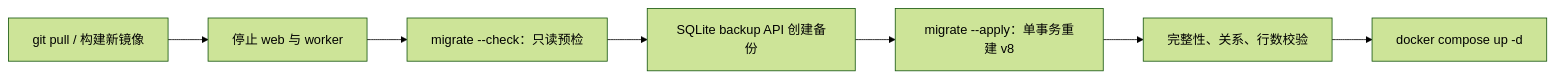
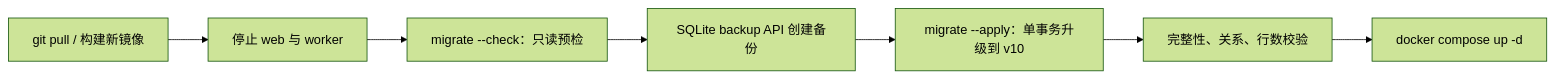
Before and after one commit to angelOnly/NewsRssHub: the second of 2 diagrams in docs/SQLITE_SCHEMA_AND_MIGRATION.md, drawn with Mermaid (forest theme). The commit also changed other lines of this file and 21 other files, not shown here.

````diff
--- a/docs/SQLITE_SCHEMA_AND_MIGRATION.md
+++ b/docs/SQLITE_SCHEMA_AND_MIGRATION.md
@@ -104,9 +111,9 @@
 ```mermaid
 flowchart LR
     A["git pull / 构建新镜像"] --> B["停止 web 与 worker"]
     B --> C["migrate --check：只读预检"]
     C --> D["SQLite backup API 创建备份"]
-    D --> E["migrate --apply：单事务重建 v8"]
+    D --> E["migrate --apply：单事务升级到 v10"]
     E --> F["完整性、关系、行数校验"]
     F --> G["docker compose up -d"]
 ```
````
